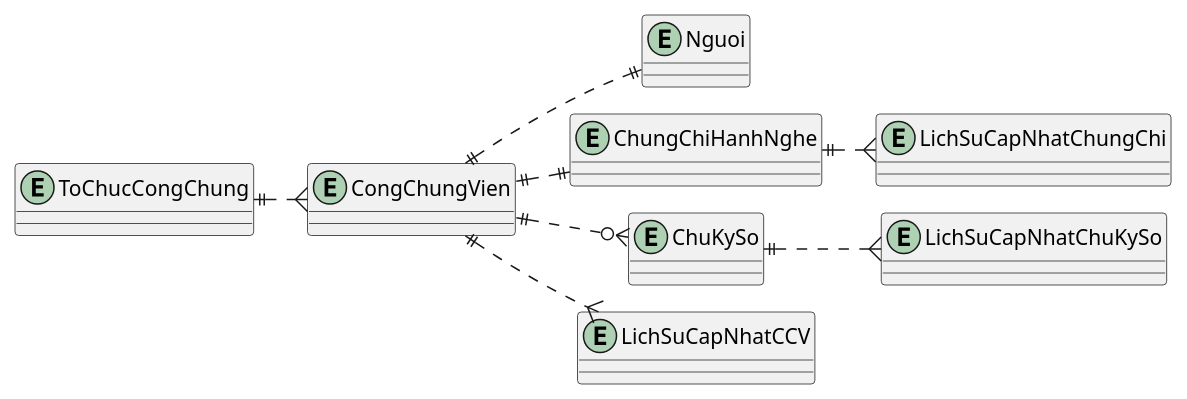
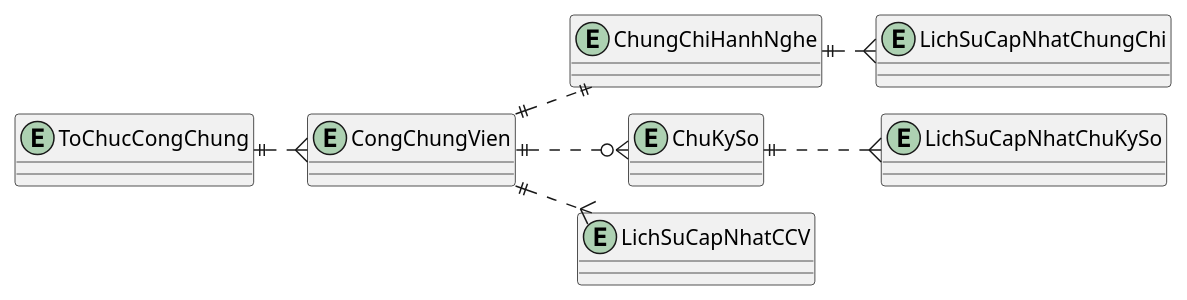
The diagram in Quản lý công chứng viên/2.erd.puml (alvinnguyen9820-prog/CSDL-Cong-Chung), drawn with PlantUML before and after one commit. The commit also changed 11 other files, not shown here.

```diff
--- a/Quản lý công chứng viên/2.erd.puml
+++ b/Quản lý công chứng viên/2.erd.puml
@@ -1,21 +1,19 @@
 @startuml erd
 !pragma layout smetana
 left to right direction
-entity Nguoi
 entity CongChungVien
 entity ChungChiHanhNghe
 entity ChuKySo
 entity LichSuCapNhatCCV
 entity LichSuCapNhatChuKySo
 entity LichSuCapNhatChungChi
 entity ToChucCongChung
 
-CongChungVien ||..|| Nguoi
 CongChungVien ||..o{ ChuKySo
 CongChungVien ||..|| ChungChiHanhNghe
 ToChucCongChung ||..{ CongChungVien
 ChuKySo ||..{ LichSuCapNhatChuKySo
 CongChungVien ||..{ LichSuCapNhatCCV
 ChungChiHanhNghe ||..{ LichSuCapNhatChungChi
 
 @enduml
```
